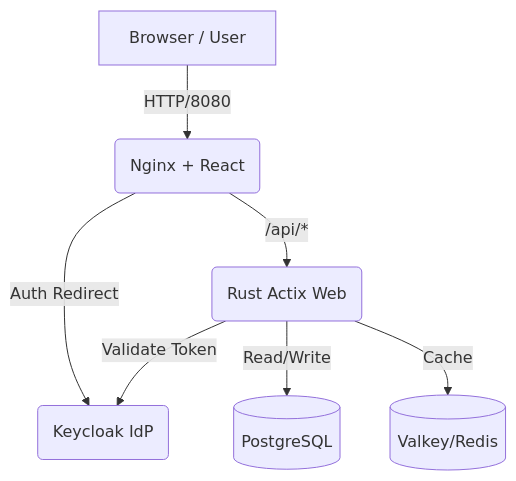
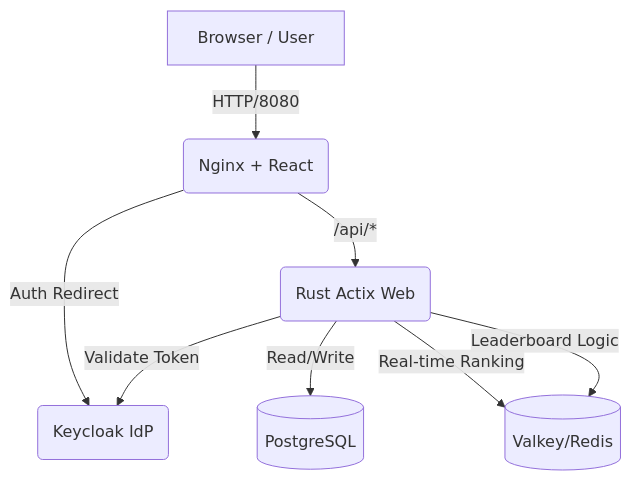
Before and after one commit to sankeyraut/app-template: the diagram in README.md, drawn with Mermaid. The commit also changed other lines of this file, not shown here.

Commit message:
docs: update README with leaderboard functionality and test users

````diff
--- a/README.md
+++ b/README.md
@@ -9,9 +9,10 @@
 ```mermaid
 graph TD
     User[Browser / User] -->|HTTP/8080| Frontend(Nginx + React)
     Frontend -->|/api/*| Backend(Rust Actix Web)
     Frontend -->|Auth Redirect| Keycloak(Keycloak IdP)
     Backend -->|Validate Token| Keycloak
     Backend -->|Read/Write| DB[(PostgreSQL)]
-    Backend -->|Cache| Cache[(Valkey/Redis)]
+    Backend -->|Real-time Ranking| Cache[(Valkey/Redis)]
+    Backend -->|Leaderboard Logic| Cache
 ```
````
